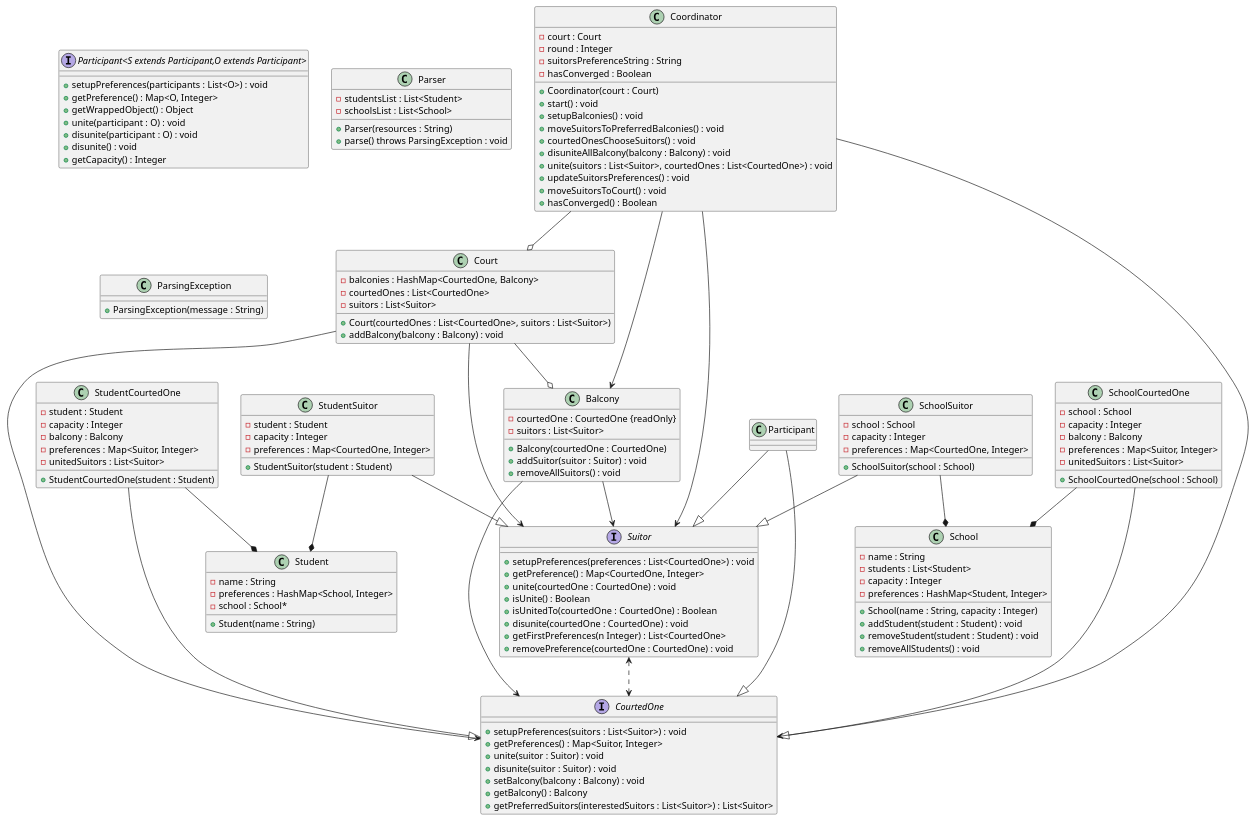
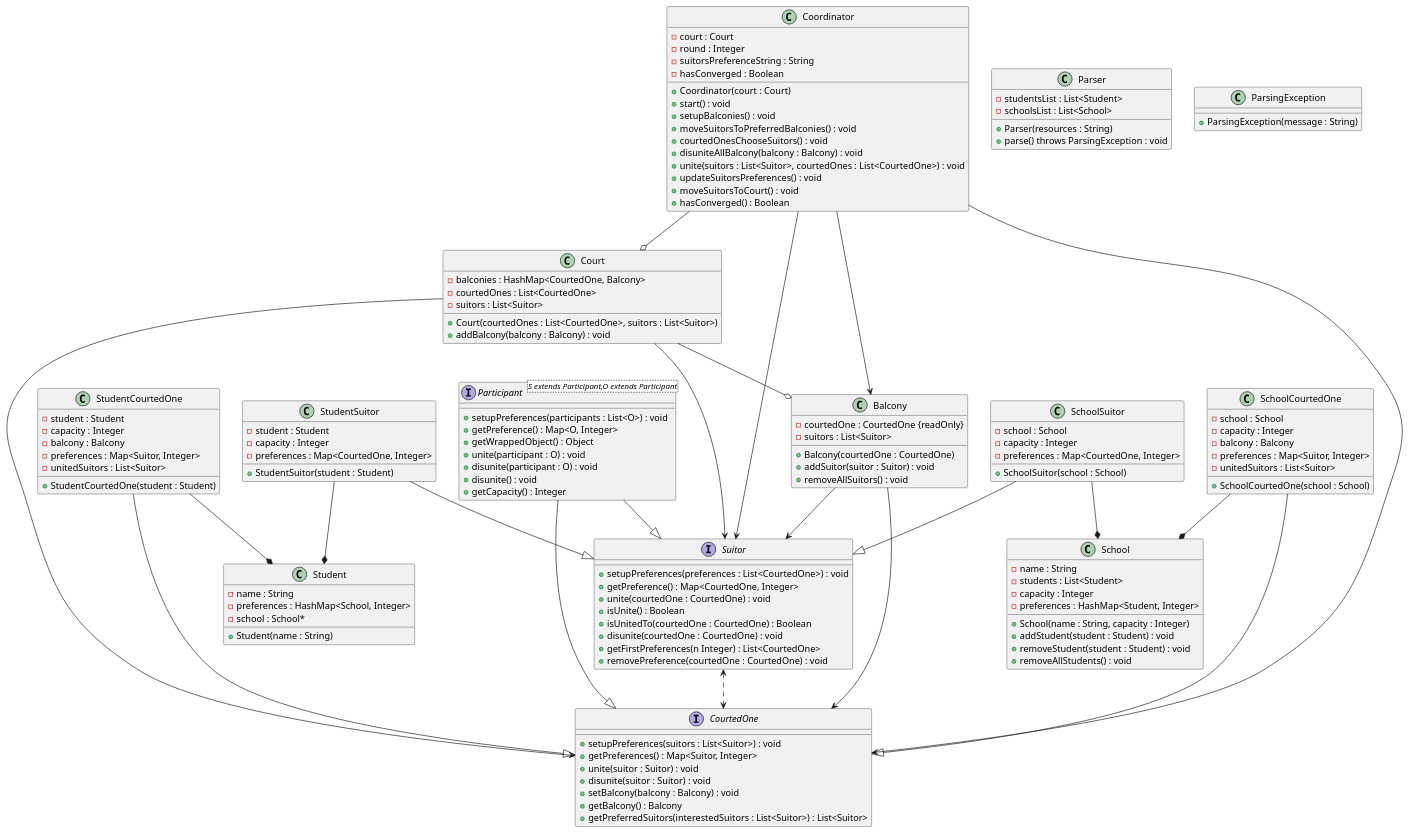
One commit to Paul-Arago/Graph-Project-1A changed the diagram in README.md. Above: the diagram before and after it, drawn with PlantUML.

```diff
--- a/README.md
+++ b/README.md
@@ -127,7 +127,7 @@
     + addBalcony(balcony : Balcony) : void
 }
 
-interface "Participant<S extends Participant,O extends Participant>" {
+interface Participant<S extends Participant,O extends Participant> {
     + setupPreferences(participants : List<O>) : void
     + getPreference() : Map<O, Integer>
     + getWrappedObject() : Object
```
